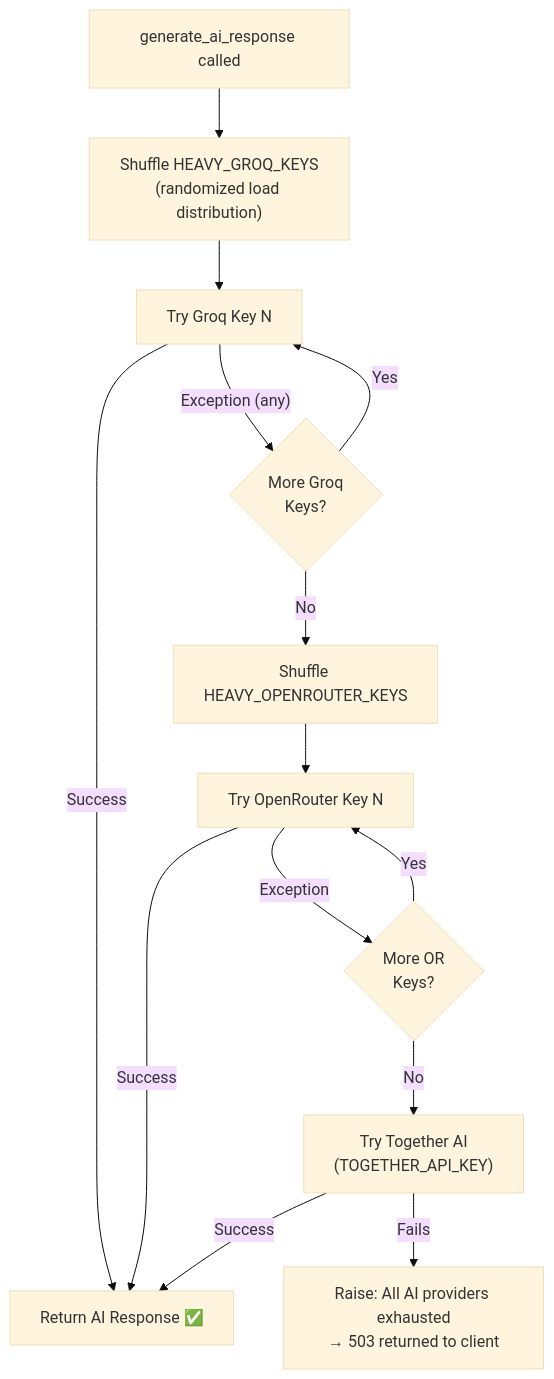
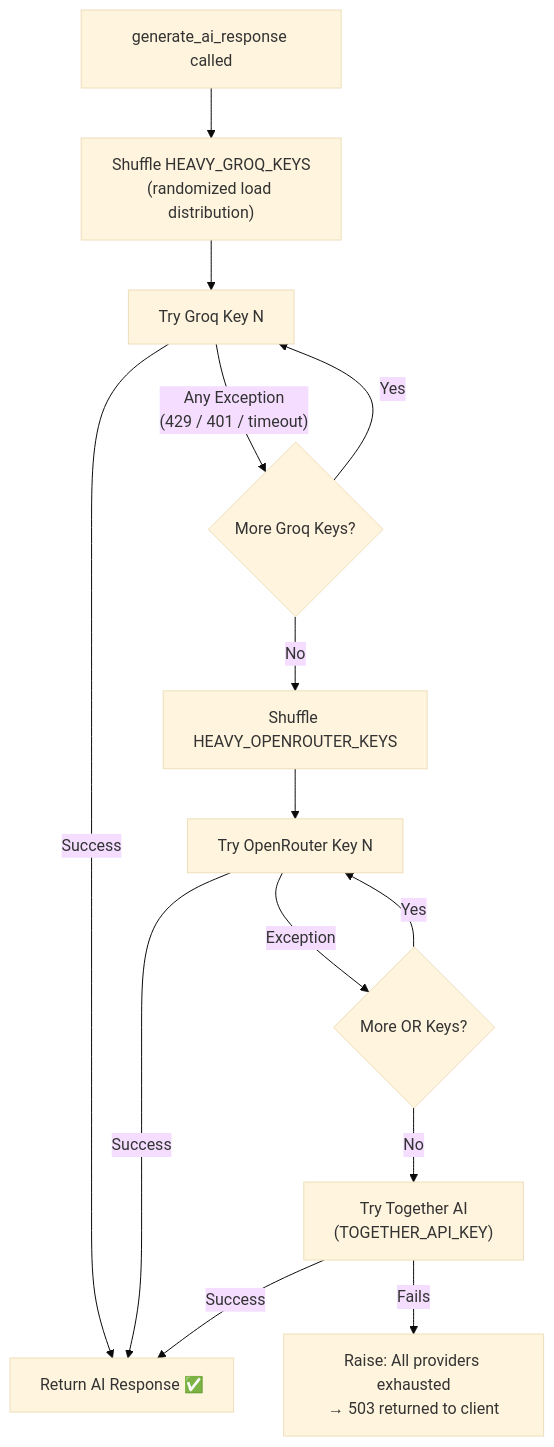
The sixth of 11 diagrams in SYSTEM_ARCHITECTURE_DEEP_DIVE.md (CodeWithPritom/ScholarHub-frontend), drawn with Mermaid (base theme) before and after one commit. The commit also changed other lines of this file and 13 other files, not shown here.

````diff
--- a/SYSTEM_ARCHITECTURE_DEEP_DIVE.md
+++ b/SYSTEM_ARCHITECTURE_DEEP_DIVE.md
@@ -186,16 +299,16 @@
 ```mermaid
 flowchart TD
     Call["generate_ai_response called"] --> ShuffleGroq["Shuffle HEAVY_GROQ_KEYS\n(randomized load distribution)"]
     ShuffleGroq --> TryGroq["Try Groq Key N"]
     TryGroq -- "Success" --> Return["Return AI Response ✅"]
-    TryGroq -- "Exception (any)" --> NextGroq{"More Groq\nKeys?"}
+    TryGroq -- "Any Exception\n(429 / 401 / timeout)" --> NextGroq{"More Groq Keys?"}
     NextGroq -- "Yes" --> TryGroq
     NextGroq -- "No" --> ShuffleOR["Shuffle HEAVY_OPENROUTER_KEYS"]
     ShuffleOR --> TryOR["Try OpenRouter Key N"]
     TryOR -- "Success" --> Return
-    TryOR -- "Exception" --> NextOR{"More OR\nKeys?"}
+    TryOR -- "Exception" --> NextOR{"More OR Keys?"}
     NextOR -- "Yes" --> TryOR
     NextOR -- "No" --> TryTogether["Try Together AI\n(TOGETHER_API_KEY)"]
     TryTogether -- "Success" --> Return
-    TryTogether -- "Fails" --> Raise["Raise: All AI providers exhausted\n→ 503 returned to client"]
+    TryTogether -- "Fails" --> Raise["Raise: All providers exhausted\n→ 503 returned to client"]
 ```
````
